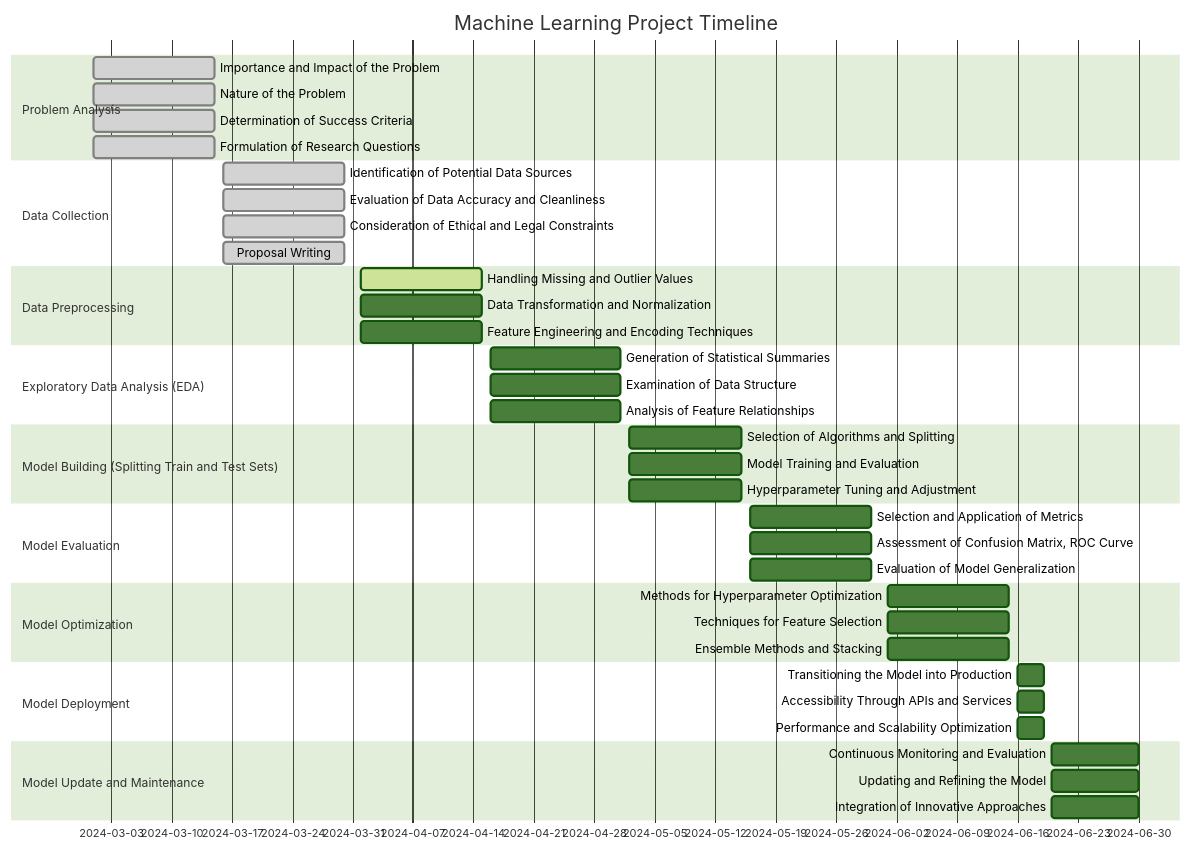
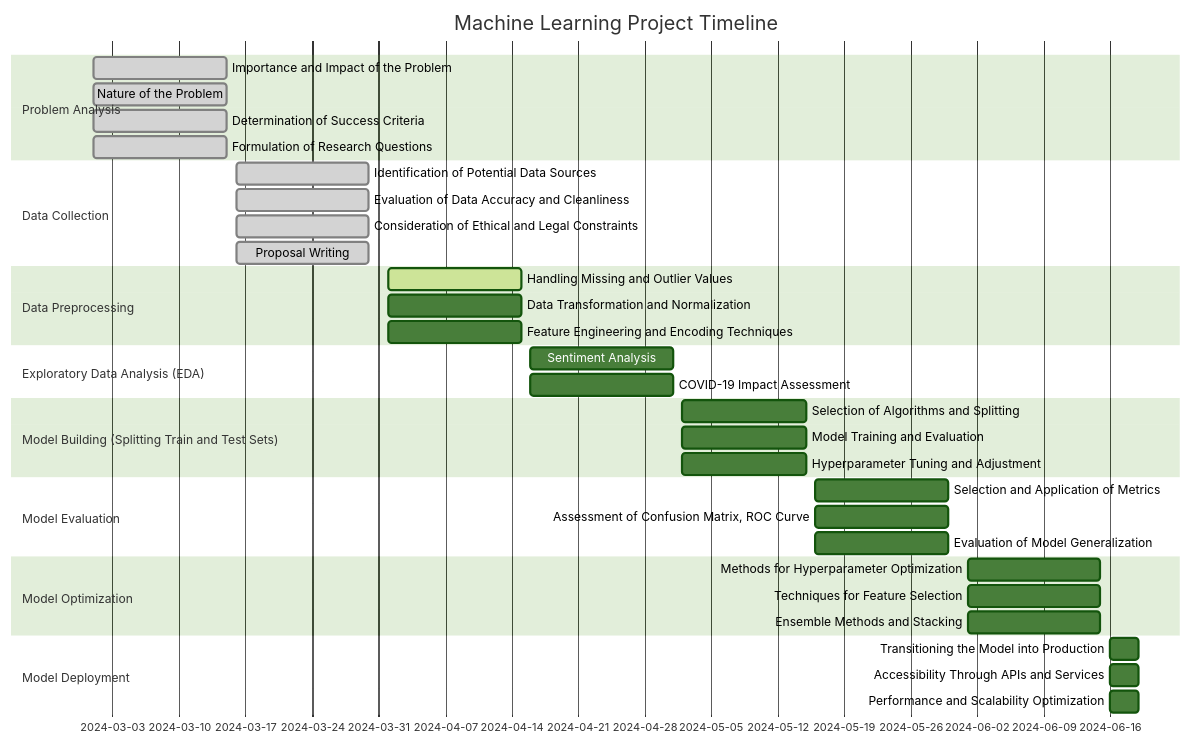
Before and after one commit to BILGI-IE-423/ie423-2024-termproject-codecharmers: the diagram in hilalGantt.md, drawn with Mermaid (forest theme).

````diff
--- a/hilalGantt.md
+++ b/hilalGantt.md
@@ -2,53 +2,48 @@
 ```mermaid
 gantt
     title Machine Learning Project Timeline
 
     dateFormat  YYYY-MM-DD
     section Problem Analysis
     Importance and Impact of the Problem        :done,    p1, 2024-03-01, 2024-03-15
     Nature of the Problem                       :done,    p2, 2024-03-01, 2024-03-15
     Determination of Success Criteria           :done,    p3, 2024-03-01, 2024-03-15
     Formulation of Research Questions           :done,    p4, 2024-03-01, 2024-03-15
 
     section Data Collection
     Identification of Potential Data Sources    :done,    d1, 2024-03-16, 2024-03-30
     Evaluation of Data Accuracy and Cleanliness :done,    d2, 2024-03-16, 2024-03-30
     Consideration of Ethical and Legal Constraints :done, d3, 2024-03-16, 2024-03-30
     Proposal Writing                            :done,    d4, 2024-03-16, 2024-03-30
 
     section Data Preprocessing
     Handling Missing and Outlier Values         :active,  dp1, 2024-04-01, 2024-04-15
     Data Transformation and Normalization       :         dp2, 2024-04-01, 2024-04-15
     Feature Engineering and Encoding Techniques :         dp3, 2024-04-01, 2024-04-15
 
     section Exploratory Data Analysis (EDA)
-    Generation of Statistical Summaries         :         eda1, 2024-04-16, 2024-05-01
-    Examination of Data Structure               :         eda2, 2024-04-16, 2024-05-01
-    Analysis of Feature Relationships           :         eda3, 2024-04-16, 2024-05-01
+    Sentiment Analysis                          :         eda1, 2024-04-16, 2024-05-01
+    COVID-19 Impact Assessment                  :         eda2, 2024-04-16, 2024-05-01
+
 
     section Model Building (Splitting Train and Test Sets)
     Selection of Algorithms and Splitting      :         mb1, 2024-05-02, 2024-05-15
     Model Training and Evaluation              :         mb2, 2024-05-02, 2024-05-15
     Hyperparameter Tuning and Adjustment       :         mb3, 2024-05-02, 2024-05-15
 
     section Model Evaluation
     Selection and Application of Metrics       :         me1, 2024-05-16, 2024-05-30
     Assessment of Confusion Matrix, ROC Curve  :         me2, 2024-05-16, 2024-05-30
     Evaluation of Model Generalization         :         me3, 2024-05-16, 2024-05-30
 
     section Model Optimization
     Methods for Hyperparameter Optimization    :         mo1, 2024-06-01, 2024-06-15
     Techniques for Feature Selection           :         mo2, 2024-06-01, 2024-06-15
     Ensemble Methods and Stacking              :         mo3, 2024-06-01, 2024-06-15
 
     section Model Deployment
     Transitioning the Model into Production   :         md1, 2024-06-16, 2024-06-19
     Accessibility Through APIs and Services   :         md2, 2024-06-16, 2024-06-19
-    Performance and Scalability Optimization :         md3, 2024-06-16, 2024-06-19
-
-    section Model Update and Maintenance
-    Continuous Monitoring and Evaluation     :         mu1, 2024-06-20, 2024-06-30
-    Updating and Refining the Model          :         mu2, 2024-06-20, 2024-06-30
-    Integration of Innovative Approaches     :         mu3, 2024-06-20, 2024-06-30
+    Performance and Scalability Optimization  :         md3, 2024-06-16, 2024-06-19
 
 ```
````
